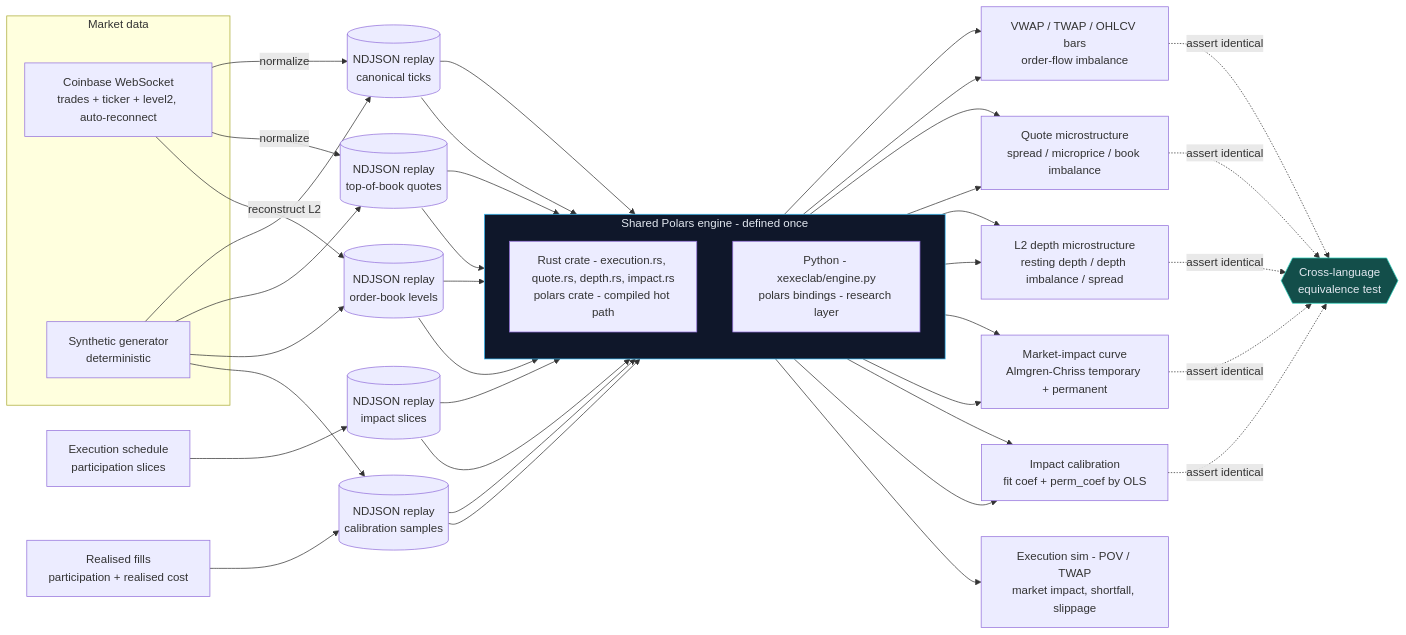
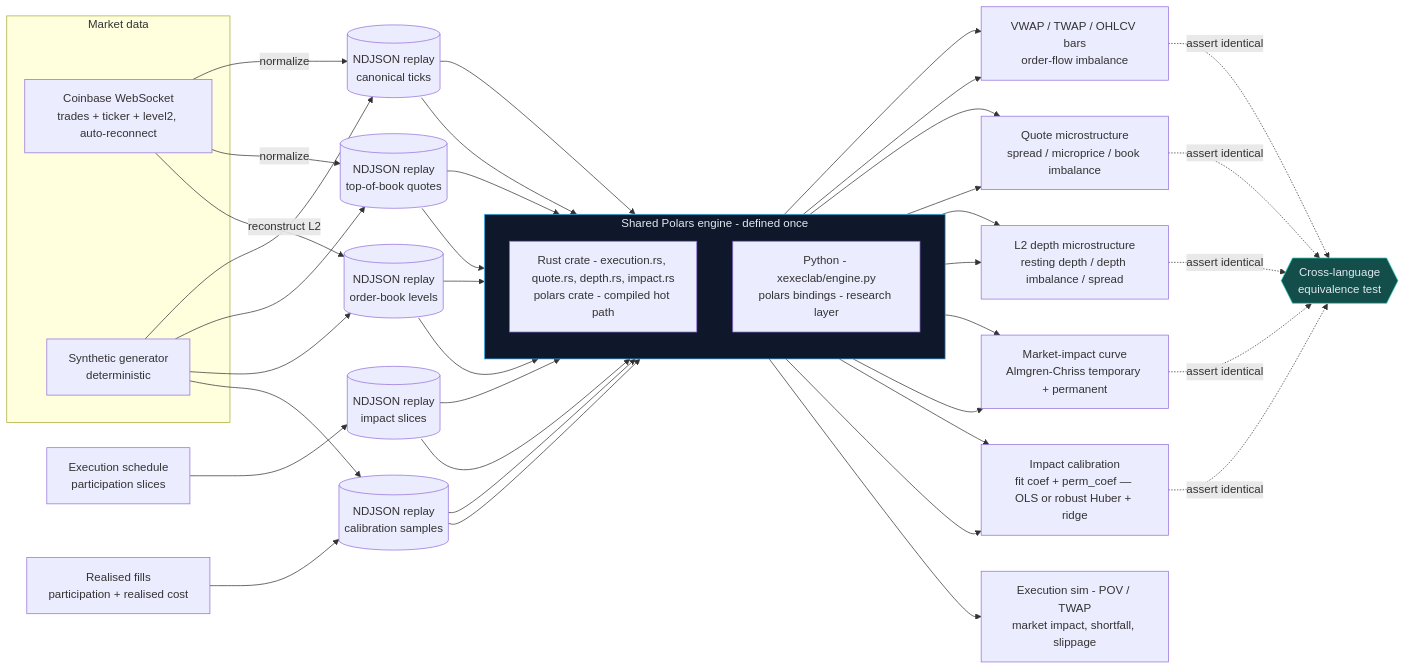
The diagram in README.md (ghoshp83/polars-execution-lab), drawn with Mermaid before and after one commit. The commit also changed other lines of this file and 4 other files, not shown here.

First line of the commit message:
docs: release v0.8.0 (robust and regularised calibration)

````diff
--- a/README.md
+++ b/README.md
@@ -27,54 +27,54 @@
 ```mermaid
 flowchart LR
     subgraph ingest[Market data]
         CB[Coinbase WebSocket<br/>trades + ticker + level2, auto-reconnect]
         SYN[Synthetic generator<br/>deterministic]
     end
     CB -->|normalize| RP[(NDJSON replay<br/>canonical ticks)]
     CB -->|normalize| QRP[(NDJSON replay<br/>top-of-book quotes)]
     CB -->|reconstruct L2| BRP[(NDJSON replay<br/>order-book levels)]
     SCHED[Execution schedule<br/>participation slices] --> IRP[(NDJSON replay<br/>impact slices)]
     FILLS_IN[Realised fills<br/>participation + realised cost] --> CRP[(NDJSON replay<br/>calibration samples)]
     SYN --> RP
     SYN --> QRP
     SYN --> BRP
     SYN --> CRP
 
     subgraph engine[Shared Polars engine - defined once]
         direction TB
         RUST["Rust crate - execution.rs, quote.rs, depth.rs, impact.rs<br/>polars crate - compiled hot path"]
         PY["Python - xexeclab/engine.py<br/>polars bindings - research layer"]
     end
 
     RP --> RUST
     RP --> PY
     QRP --> RUST
     QRP --> PY
     BRP --> RUST
     BRP --> PY
     IRP --> RUST
     IRP --> PY
     CRP --> RUST
     CRP --> PY
 
     RUST --> BENCH[VWAP / TWAP / OHLCV bars<br/>order-flow imbalance]
     PY --> BENCH
     RUST --> BOOK[Quote microstructure<br/>spread / microprice / book imbalance]
     PY --> BOOK
     RUST --> DEPTH[L2 depth microstructure<br/>resting depth / depth imbalance / spread]
     PY --> DEPTH
     RUST --> IMPACT[Market-impact curve<br/>Almgren-Chriss temporary + permanent]
     PY --> IMPACT
-    RUST --> CALIB[Impact calibration<br/>fit coef + perm_coef by OLS]
+    RUST --> CALIB[Impact calibration<br/>fit coef + perm_coef — OLS or robust Huber + ridge]
     PY --> CALIB
     PY --> FILLS["Execution sim - POV / TWAP<br/>market impact, shortfall, slippage"]
 
     BENCH -.->|assert identical| EQ{{Cross-language<br/>equivalence test}}
     BOOK -.->|assert identical| EQ
     DEPTH -.->|assert identical| EQ
     IMPACT -.->|assert identical| EQ
     CALIB -.->|assert identical| EQ
 
     style engine fill:#0f172a,stroke:#38bdf8,color:#e2e8f0
     style EQ fill:#134e4a,stroke:#2dd4bf,color:#e2e8f0
 ```
````
